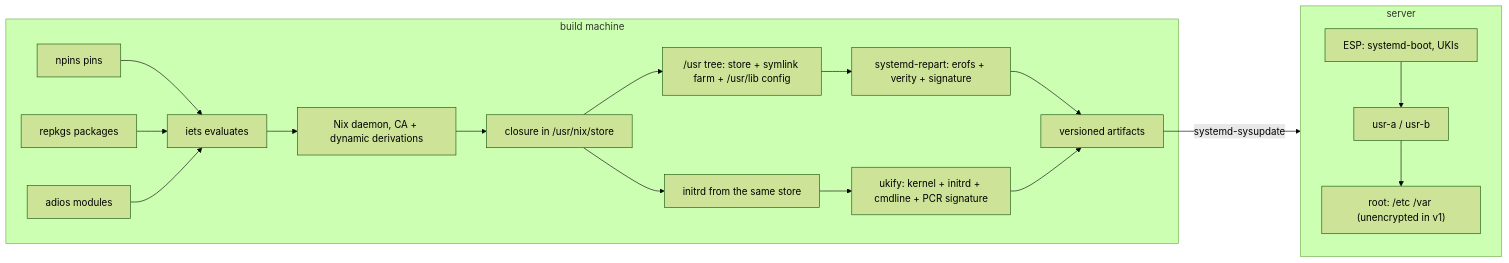
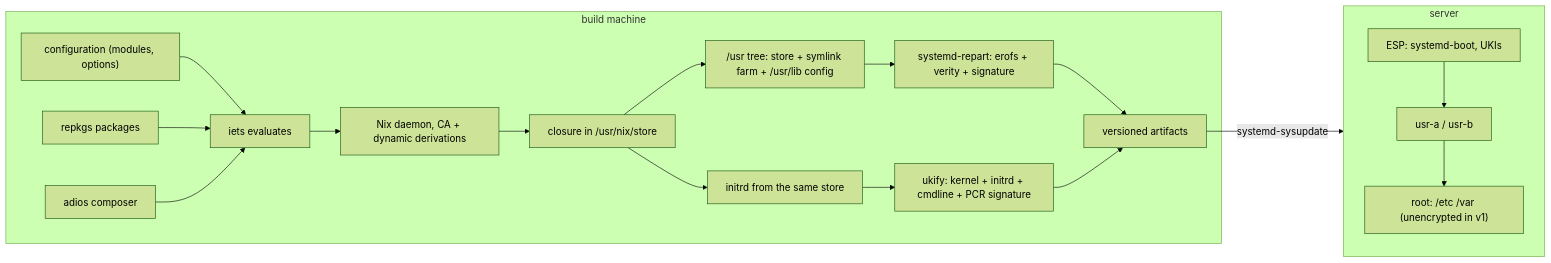
One commit to slophaer/golconda changed the diagram in docs/design/architecture.md. Above: the diagram before and after it, drawn with Mermaid (forest theme). The commit also changed other lines of this file and 7 other files, not shown here.

````diff
--- a/docs/design/architecture.md
+++ b/docs/design/architecture.md
@@ -6,21 +6,21 @@
 ```mermaid
 flowchart LR
   subgraph build["build machine"]
-    npins[npins pins] --> iets[iets evaluates]
+    config["configuration (modules, options)"] --> iets[iets evaluates]
     repkgs[repkgs packages] --> iets
-    adios[adios modules] --> iets
+    adios[adios composer] --> iets
     iets --> daemon[Nix daemon, CA + dynamic derivations]
     daemon --> closure[closure in /usr/nix/store]
     closure --> usr["/usr tree: store + symlink farm + /usr/lib config"]
     usr --> repart[systemd-repart: erofs + verity + signature]
     closure --> initrd[initrd from the same store]
     initrd --> ukify[ukify: kernel + initrd + cmdline + PCR signature]
     repart --> artifacts[versioned artifacts]
     ukify --> artifacts
   end
   artifacts -->|systemd-sysupdate| machine
   subgraph machine["server"]
     esp[ESP: systemd-boot, UKIs] --> usrab["usr-a / usr-b"]
     usrab --> root["root: /etc /var (unencrypted in v1)"]
   end
 ```
````
